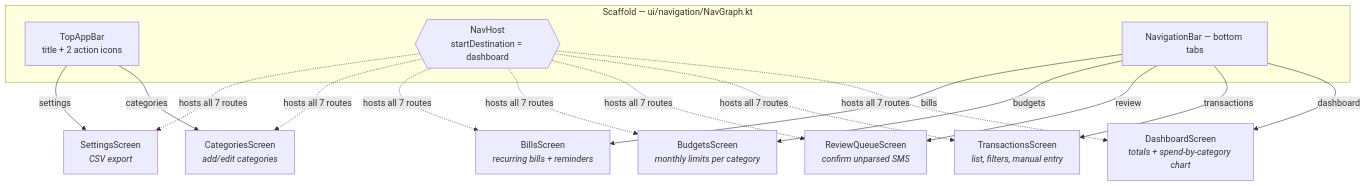
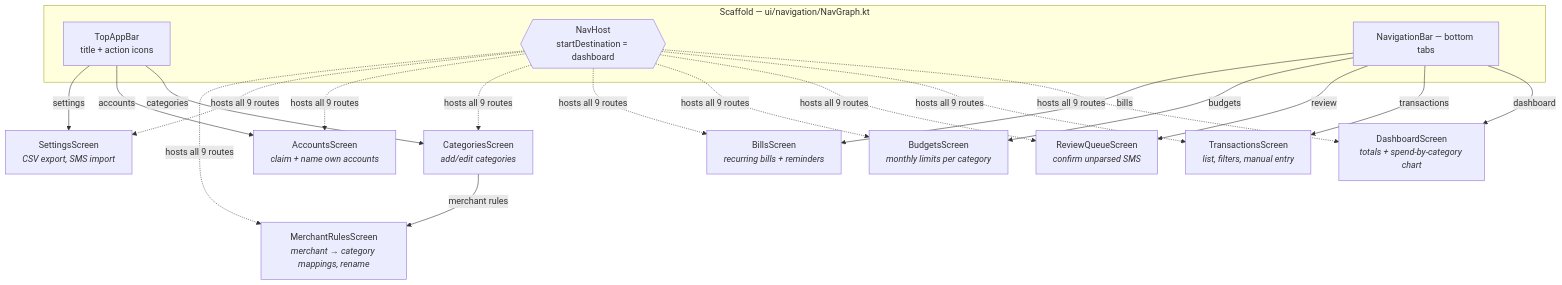
Before and after one commit to Sakthikavin/ExpenseTracker: the eighth of 8 diagrams in ARCHITECTURE.md, drawn with Mermaid. The commit also changed other lines of this file and 6 other files, not shown here.

````diff
--- a/ARCHITECTURE.md
+++ b/ARCHITECTURE.md
@@ -493,19 +495,21 @@
 ```mermaid
 flowchart TD
     subgraph SC["Scaffold — ui/navigation/NavGraph.kt"]
-        TB["TopAppBar<br/>title + 2 action icons"]
+        TB["TopAppBar<br/>title + action icons"]
         NH{{"NavHost<br/>startDestination = dashboard"}}
         BB["NavigationBar — bottom tabs"]
     end
 
     BB -->|dashboard| D["DashboardScreen<br/><i>totals + spend-by-category chart</i>"]
     BB -->|transactions| T["TransactionsScreen<br/><i>list, filters, manual entry</i>"]
     BB -->|review| R["ReviewQueueScreen<br/><i>confirm unparsed SMS</i>"]
     BB -->|budgets| BU["BudgetsScreen<br/><i>monthly limits per category</i>"]
     BB -->|bills| BI["BillsScreen<br/><i>recurring bills + reminders</i>"]
 
     TB -->|categories| C["CategoriesScreen<br/><i>add/edit categories</i>"]
-    TB -->|settings| S["SettingsScreen<br/><i>CSV export</i>"]
+    TB -->|accounts| A["AccountsScreen<br/><i>claim + name own accounts</i>"]
+    TB -->|settings| S["SettingsScreen<br/><i>CSV export, SMS import</i>"]
+    C -->|merchant rules| MR["MerchantRulesScreen<br/><i>merchant → category mappings, rename</i>"]
 
-    NH -.->|"hosts all 7 routes"| D & T & R & BU & BI & C & S
+    NH -.->|"hosts all 9 routes"| D & T & R & BU & BI & C & A & S & MR
 ```
````
